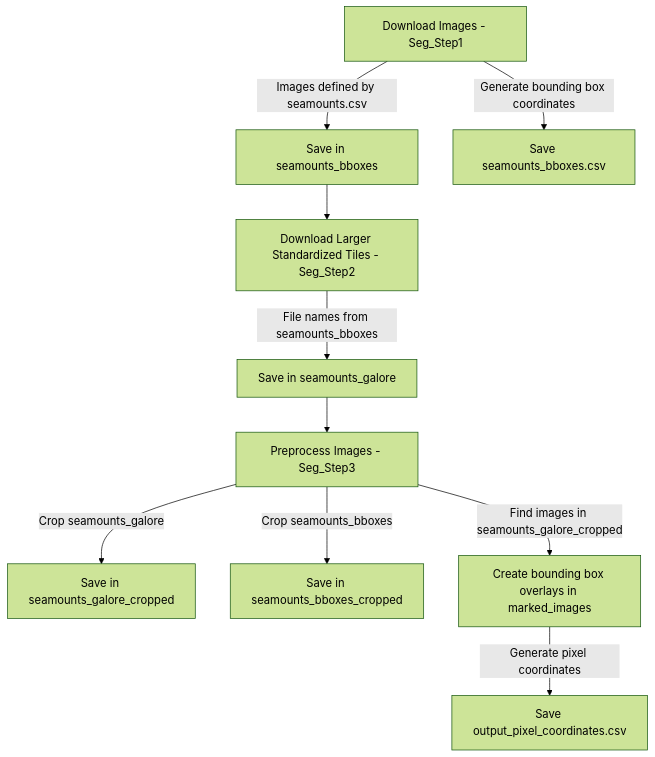
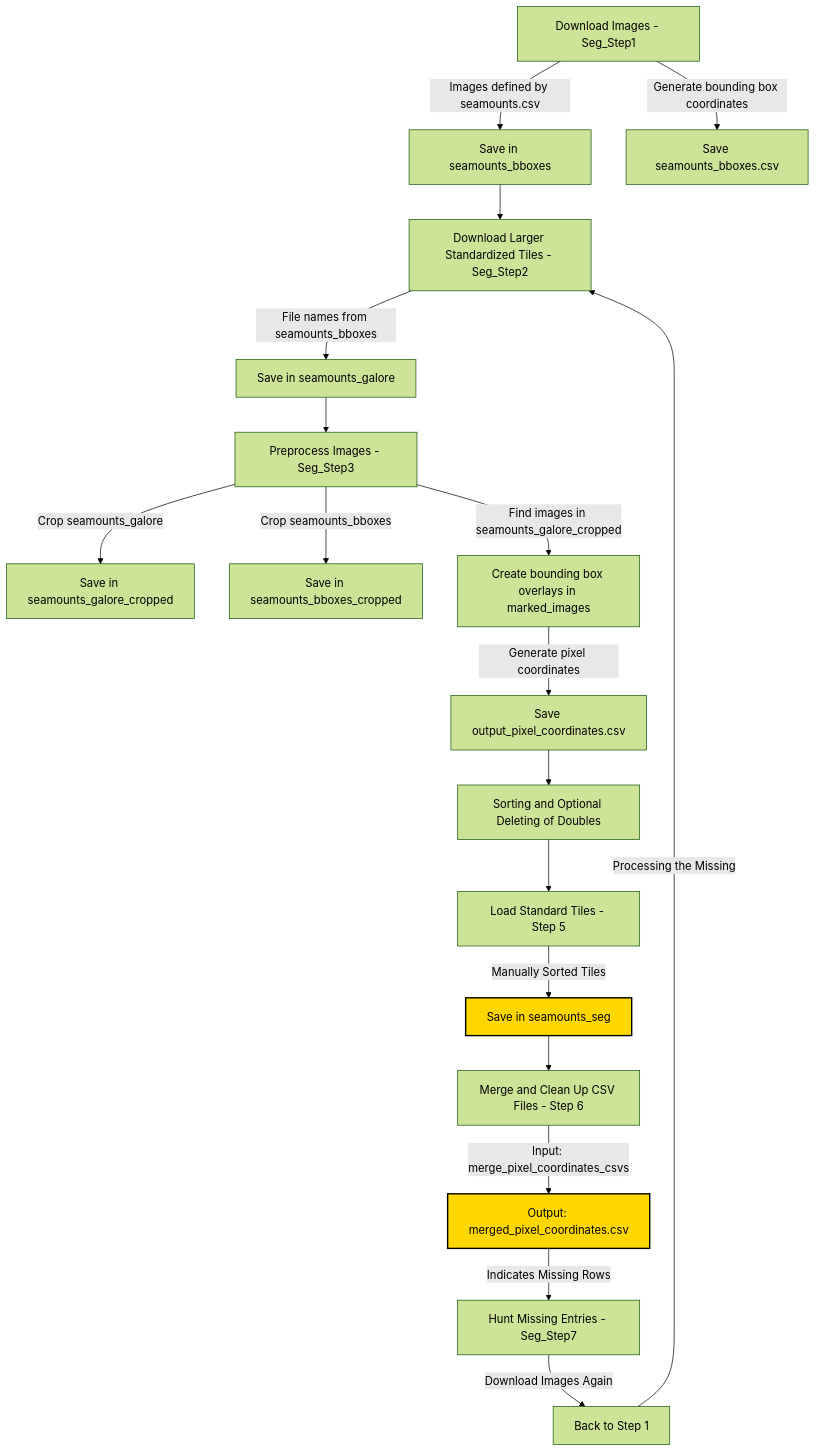
Before and after one commit to annewoelfl/Seamounts: the diagram in Workflow Image Segmentation.md, drawn with Mermaid (forest theme). The commit also changed other lines of this file and 638 other files, not shown here.

Commit message:
Update Workflow and streamlining by deleting intermediate step outputs.

````diff
--- a/Workflow Image Segmentation.md
+++ b/Workflow Image Segmentation.md
@@ -3,13 +3,25 @@
 ```mermaid
 graph TD
     A[Download Images - Seg_Step1] -->|Images defined by seamounts.csv| B[Save in seamounts_bboxes]
     A -->|Generate bounding box coordinates| C[Save seamounts_bboxes.csv]
     B --> D[Download Larger Standardized Tiles - Seg_Step2]
     D -->|File names from seamounts_bboxes| E[Save in seamounts_galore]
     E --> F[Preprocess Images - Seg_Step3]
     F -->|Crop seamounts_galore| G[Save in seamounts_galore_cropped]
     F -->|Crop seamounts_bboxes| H[Save in seamounts_bboxes_cropped]
     F -->|Find images in seamounts_galore_cropped| I[Create bounding box overlays in marked_images]
     I -->|Generate pixel coordinates| J[Save output_pixel_coordinates.csv]
+    J --> K[Sorting and Optional Deleting of Doubles]
+    K --> L[Load Standard Tiles - Step 5]
+    L -->|Manually Sorted Tiles| M[Save in seamounts_seg]
+    M --> N[Merge and Clean Up CSV Files - Step 6]
+    N -->|Input: merge_pixel_coordinates_csvs| O[Output: merged_pixel_coordinates.csv]
+    O -->|Indicates Missing Rows| P[Hunt Missing Entries - Seg_Step7]
+    P -->|Download Images Again| Q[Back to Step 1]
+    Q -->|Processing the Missing| D
+
+    %% Highlight important outputs
+    style M fill:#FFD700,stroke:#000,stroke-width:2px
+    style O fill:#FFD700,stroke:#000,stroke-width:2px
 
 ```
````
